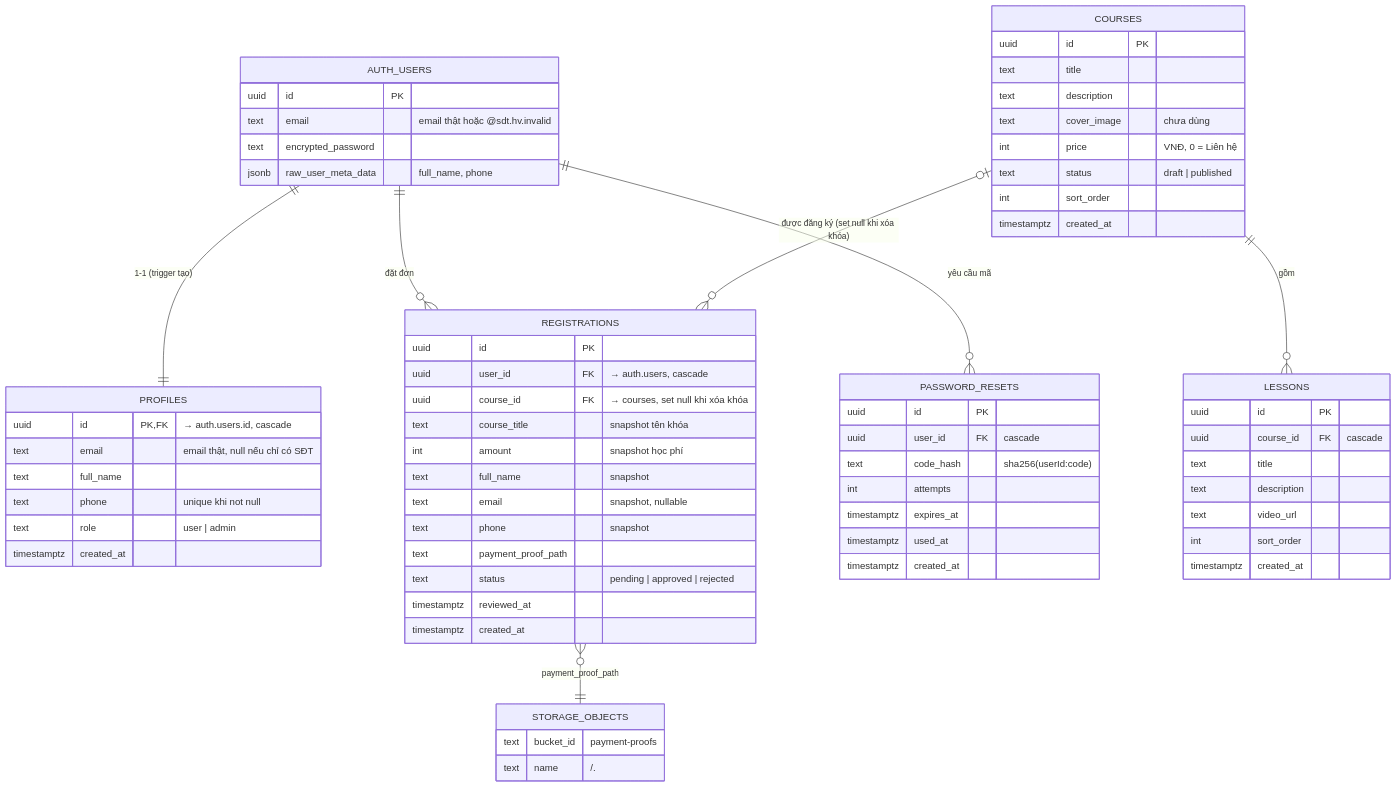
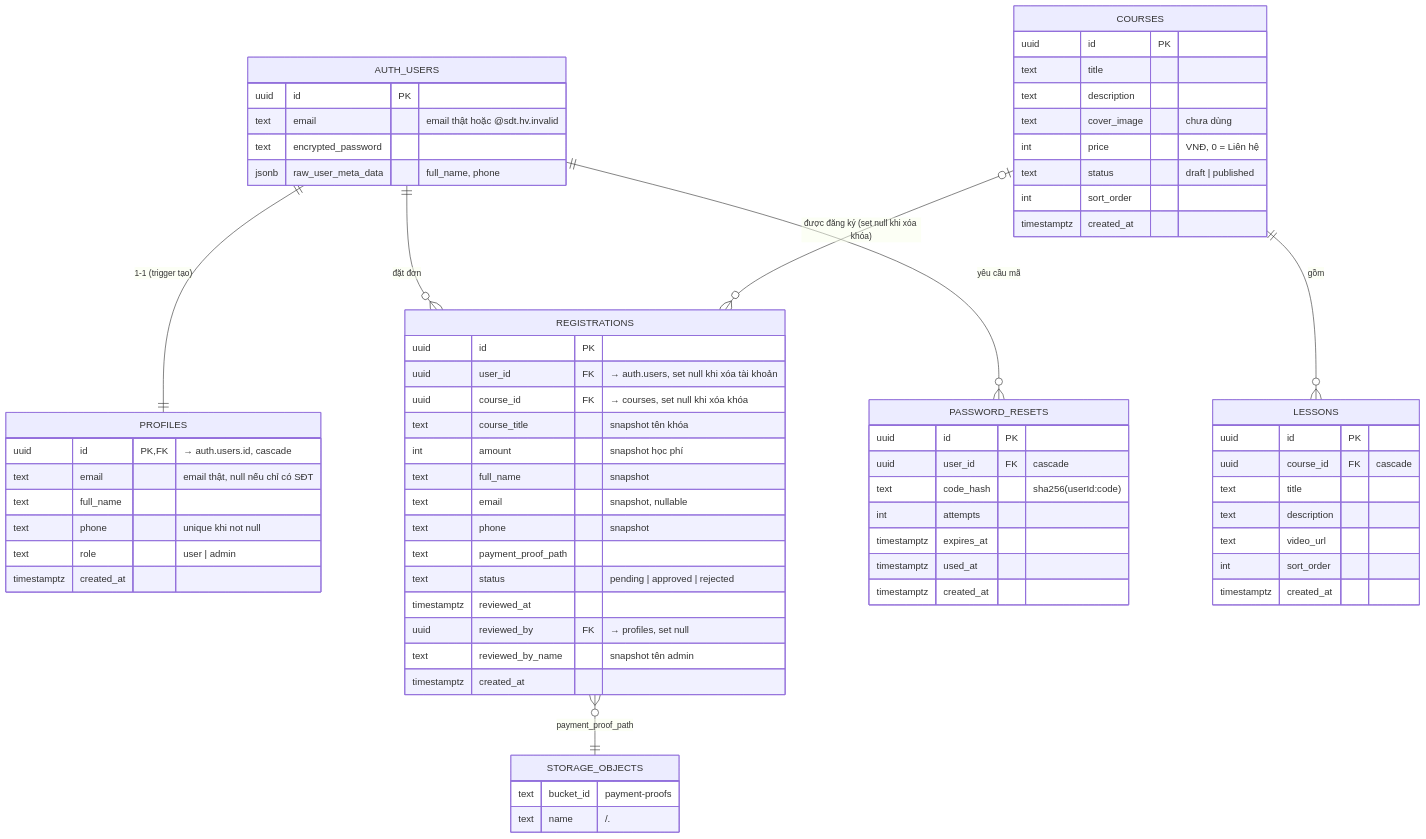
One commit to dgquan1001/course-platform changed the diagram in web design structure/04-database/database-design.md. Above: the diagram before and after it, drawn with Mermaid. The commit also changed other lines of this file and 11 other files, not shown here.

First line of the commit message:
docs: cập nhật tài liệu Đợt 2–5, roadmap có báo cáo, checklist và lộ trình theo thứ tự

````diff
--- a/web design structure/04-database/database-design.md
+++ b/web design structure/04-database/database-design.md
@@ -8,70 +8,72 @@
 ```mermaid
 erDiagram
   AUTH_USERS ||--|| PROFILES : "1-1 (trigger tạo)"
   AUTH_USERS ||--o{ REGISTRATIONS : "đặt đơn"
   AUTH_USERS ||--o{ PASSWORD_RESETS : "yêu cầu mã"
   COURSES ||--o{ LESSONS : "gồm"
   COURSES |o--o{ REGISTRATIONS : "được đăng ký (set null khi xóa khóa)"
   REGISTRATIONS }o--|| STORAGE_OBJECTS : "payment_proof_path"
 
   AUTH_USERS {
     uuid id PK
     text email "email thật hoặc <SĐT>@sdt.hv.invalid"
     text encrypted_password
     jsonb raw_user_meta_data "full_name, phone"
   }
   PROFILES {
     uuid id PK,FK "→ auth.users.id, cascade"
     text email "email thật, null nếu chỉ có SĐT"
     text full_name
     text phone "unique khi not null"
     text role "user | admin"
     timestamptz created_at
   }
   COURSES {
     uuid id PK
     text title
     text description
     text cover_image "chưa dùng"
     int price "VNĐ, 0 = Liên hệ"
     text status "draft | published"
     int sort_order
     timestamptz created_at
   }
   LESSONS {
     uuid id PK
     uuid course_id FK "cascade"
     text title
     text description
     text video_url
     int sort_order
     timestamptz created_at
   }
   REGISTRATIONS {
     uuid id PK
-    uuid user_id FK "→ auth.users, cascade"
+    uuid user_id FK "→ auth.users, set null khi xóa tài khoản"
     uuid course_id FK "→ courses, set null khi xóa khóa"
     text course_title "snapshot tên khóa"
     int amount "snapshot học phí"
     text full_name "snapshot"
     text email "snapshot, nullable"
     text phone "snapshot"
     text payment_proof_path
     text status "pending | approved | rejected"
     timestamptz reviewed_at
+    uuid reviewed_by FK "→ profiles, set null"
+    text reviewed_by_name "snapshot tên admin"
     timestamptz created_at
   }
   PASSWORD_RESETS {
     uuid id PK
     uuid user_id FK "cascade"
     text code_hash "sha256(userId:code)"
     int attempts
     timestamptz expires_at
     timestamptz used_at
     timestamptz created_at
   }
   STORAGE_OBJECTS {
     text bucket_id "payment-proofs"
     text name "<userId>/<uuid>.<ext>"
   }
 ```
````
